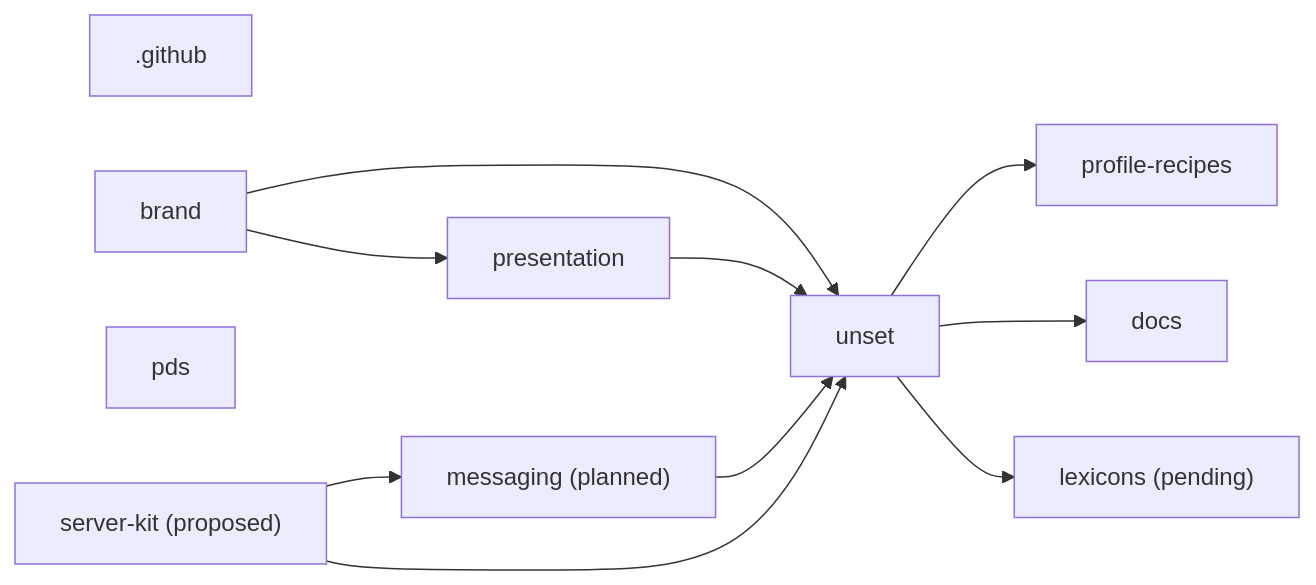
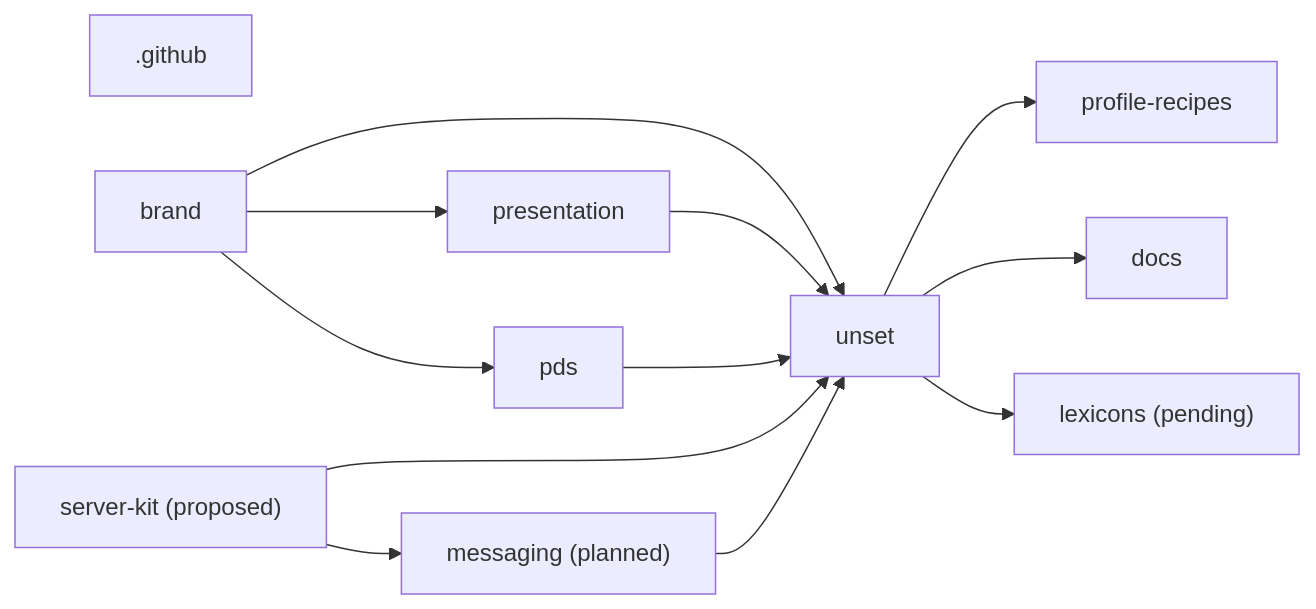
The diagram in MAP.md (unset-sh/.github), drawn with Mermaid before and after one commit. The commit also changed other lines of this file and 1 other file, not shown here.

First line of the commit message:
Say what unset-sh/pds is for

````diff
--- a/MAP.md
+++ b/MAP.md
@@ -30,22 +30,24 @@
 ```mermaid
 flowchart LR
   r_unset["unset"]
   r__github[".github"]
   r_brand["brand"]
   r_presentation["presentation"]
   r_profile_recipes["profile-recipes"]
   r_docs["docs"]
   r_pds["pds"]
   r_lexicons["lexicons (pending)"]
   r_messaging["messaging (planned)"]
   r_server_kit["server-kit (proposed)"]
   r_brand --> r_unset
   r_presentation --> r_unset
   r_messaging --> r_unset
   r_server_kit --> r_unset
+  r_pds --> r_unset
   r_brand --> r_presentation
   r_unset --> r_profile_recipes
   r_unset --> r_docs
+  r_brand --> r_pds
   r_unset --> r_lexicons
   r_server_kit --> r_messaging
 ```
````
